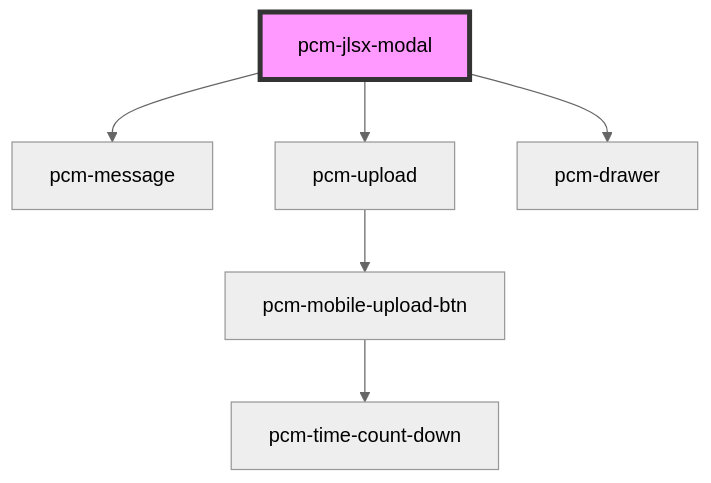
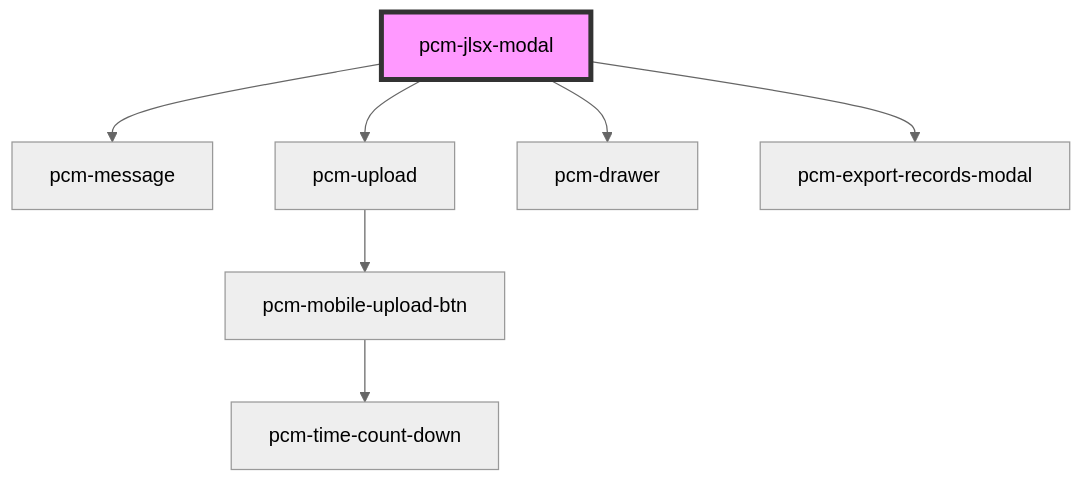
The diagram in packages/pcm-agents/docs/components/pcm-jlsx-modal/readme.md (Pincaimao/pcm-agents-sdk), drawn with Mermaid (neutral theme) before and after one commit. The commit also changed other lines of this file and 9 other files, not shown here.

````diff
--- a/packages/pcm-agents/docs/components/pcm-jlsx-modal/readme.md
+++ b/packages/pcm-agents/docs/components/pcm-jlsx-modal/readme.md
@@ -45,9 +47,10 @@
 ```mermaid
 graph TD;
   pcm-jlsx-modal --> pcm-message
   pcm-jlsx-modal --> pcm-upload
   pcm-jlsx-modal --> pcm-drawer
+  pcm-jlsx-modal --> pcm-export-records-modal
   pcm-upload --> pcm-mobile-upload-btn
   pcm-mobile-upload-btn --> pcm-time-count-down
   style pcm-jlsx-modal fill:#f9f,stroke:#333,stroke-width:4px
 ```
````
